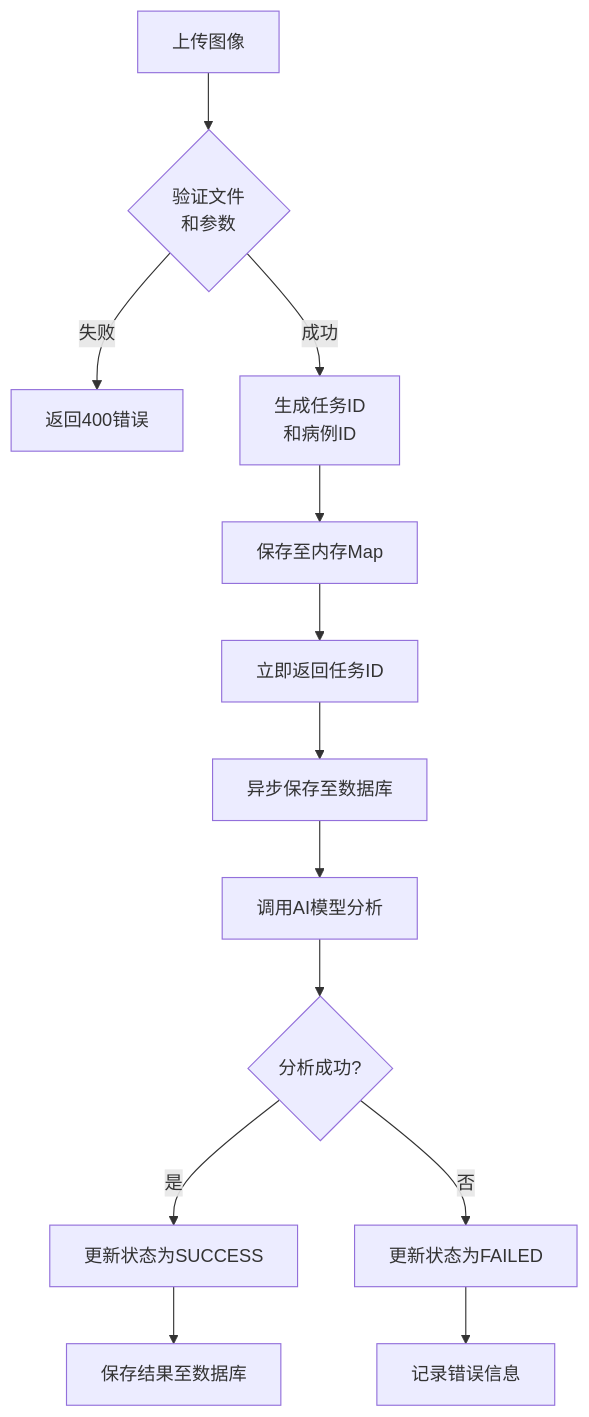
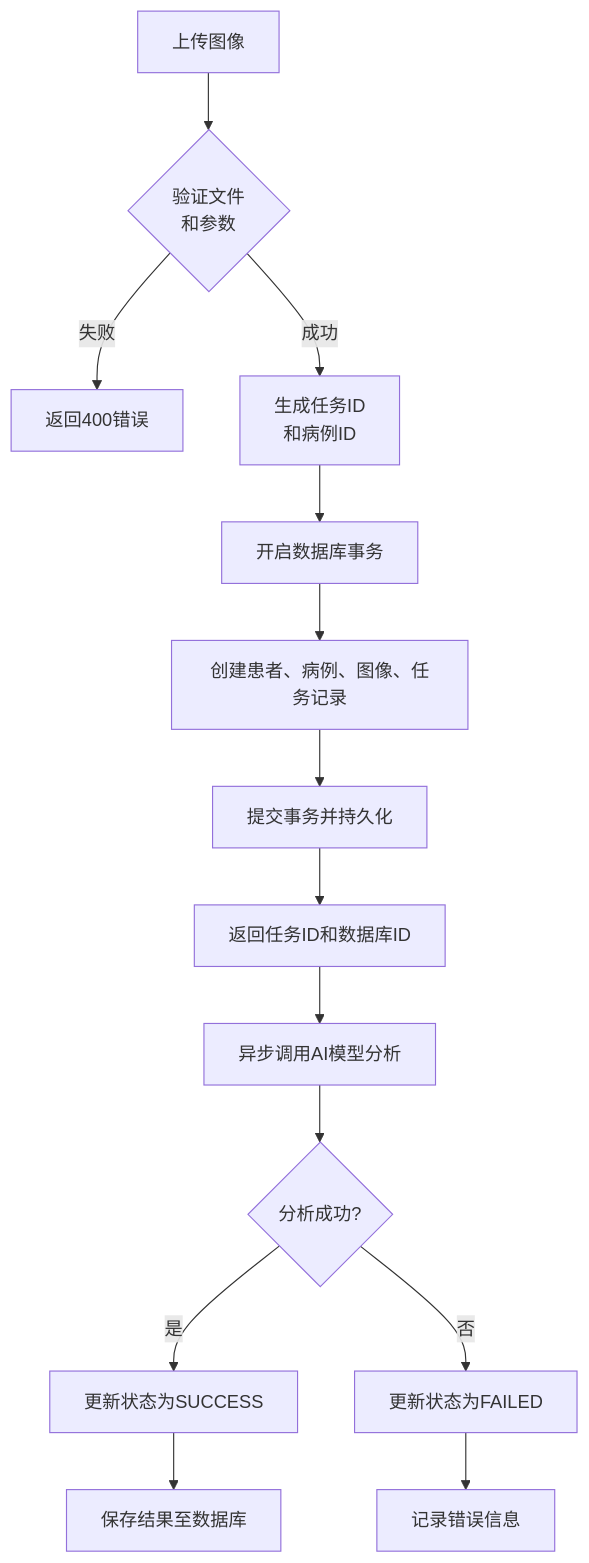
One commit to xingranya/CervixDetectAI changed the first of 2 diagrams in wiki/后端架构/API端点参考/AI分析API.md. Above: the diagram before and after it, drawn with Mermaid. The commit also changed other lines of this file and 7 other files, not shown here.

First line of the commit message:
docs(api): 更新头像API文档，新增图片元数据及尺寸字段

````diff
--- a/wiki/后端架构/API端点参考/AI分析API.md
+++ b/wiki/后端架构/API端点参考/AI分析API.md
@@ -102,15 +112,16 @@
 ```mermaid
 flowchart TD
 A[上传图像] --> B{验证文件<br/>和参数}
 B --> |失败| C[返回400错误]
 B --> |成功| D[生成任务ID<br/>和病例ID]
-D --> E[保存至内存Map]
-E --> F[立即返回任务ID]
-F --> G[异步保存至数据库]
-G --> H[调用AI模型分析]
-H --> I{分析成功?}
-I --> |是| J[更新状态为SUCCESS]
-I --> |否| K[更新状态为FAILED]
-J --> L[保存结果至数据库]
-K --> M[记录错误信息]
+D --> E[开启数据库事务]
+E --> F[创建患者、病例、图像、任务记录]
+F --> G[提交事务并持久化]
+G --> H[返回任务ID和数据库ID]
+H --> I[异步调用AI模型分析]
+I --> J{分析成功?}
+J --> |是| K[更新状态为SUCCESS]
+J --> |否| L[更新状态为FAILED]
+K --> M[保存结果至数据库]
+L --> N[记录错误信息]
 ```
````
